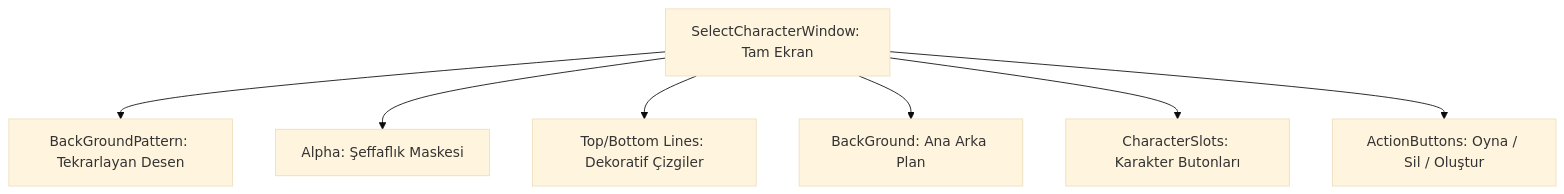
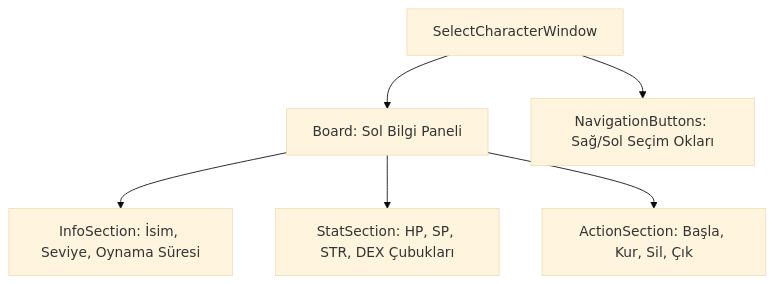
The diagram in uiscript/selectcharacterwindow/skills.md (Engin622/Metin2-Pack-Agent-Skills), drawn with Mermaid (base theme) before and after one commit. The commit also changed other lines of this file and 7 other files, not shown here.

Commit message:
Documentation complete: All remaining UIScript files documented (SelectCharacter, SelectEmpire, SkillReset, SystemDialog, AdvancedHelp, IME, InputDialogs)

````diff
--- a/uiscript/selectcharacterwindow/skills.md
+++ b/uiscript/selectcharacterwindow/skills.md
@@ -40,9 +38,8 @@
 ```mermaid
 graph TD
-    A[SelectCharacterWindow: Tam Ekran] --> B[BackGroundPattern: Tekrarlayan Desen]
-    A --> C[Alpha: Şeffaflık Maskesi]
-    A --> D[Top/Bottom Lines: Dekoratif Çizgiler]
-    A --> E[BackGround: Ana Arka Plan]
-    A --> F[CharacterSlots: Karakter Butonları]
-    A --> G[ActionButtons: Oyna / Sil / Oluştur]
+    A[SelectCharacterWindow] --> B[Board: Sol Bilgi Paneli]
+    B --> C[InfoSection: İsim, Seviye, Oynama Süresi]
+    B --> D[StatSection: HP, SP, STR, DEX Çubukları]
+    B --> E[ActionSection: Başla, Kur, Sil, Çık]
+    A --> F[NavigationButtons: Sağ/Sol Seçim Okları]
 ```
````
